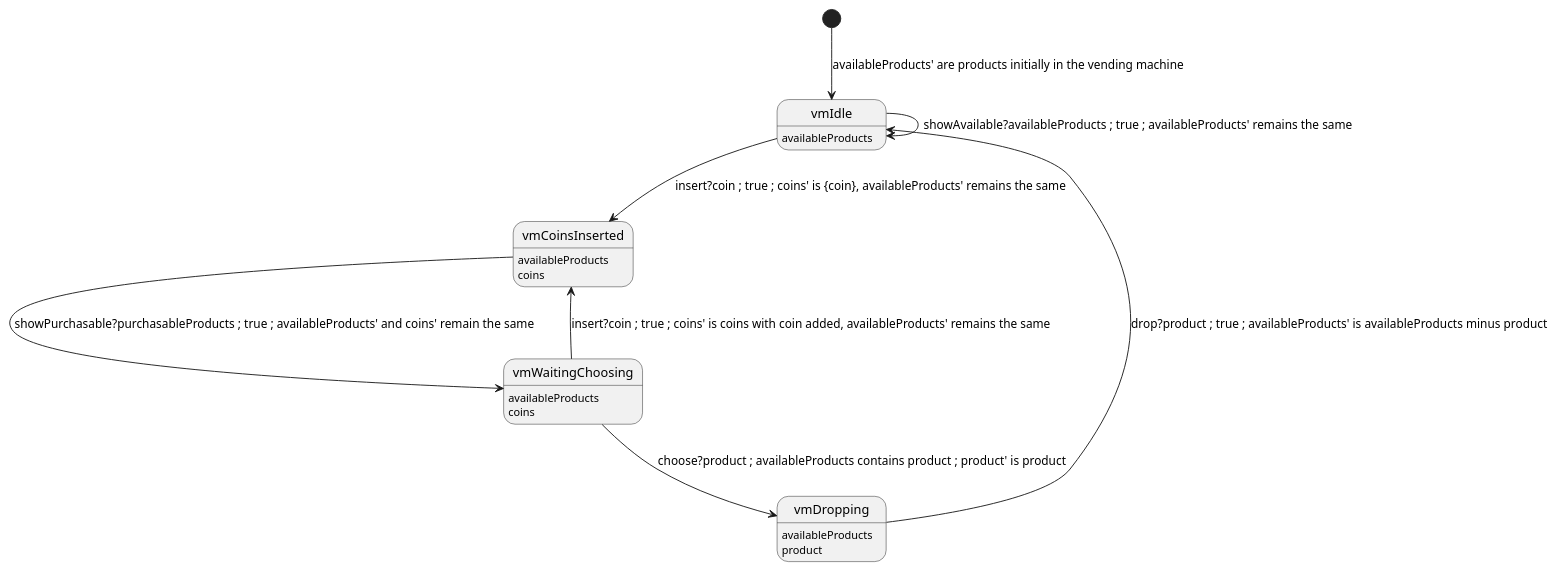
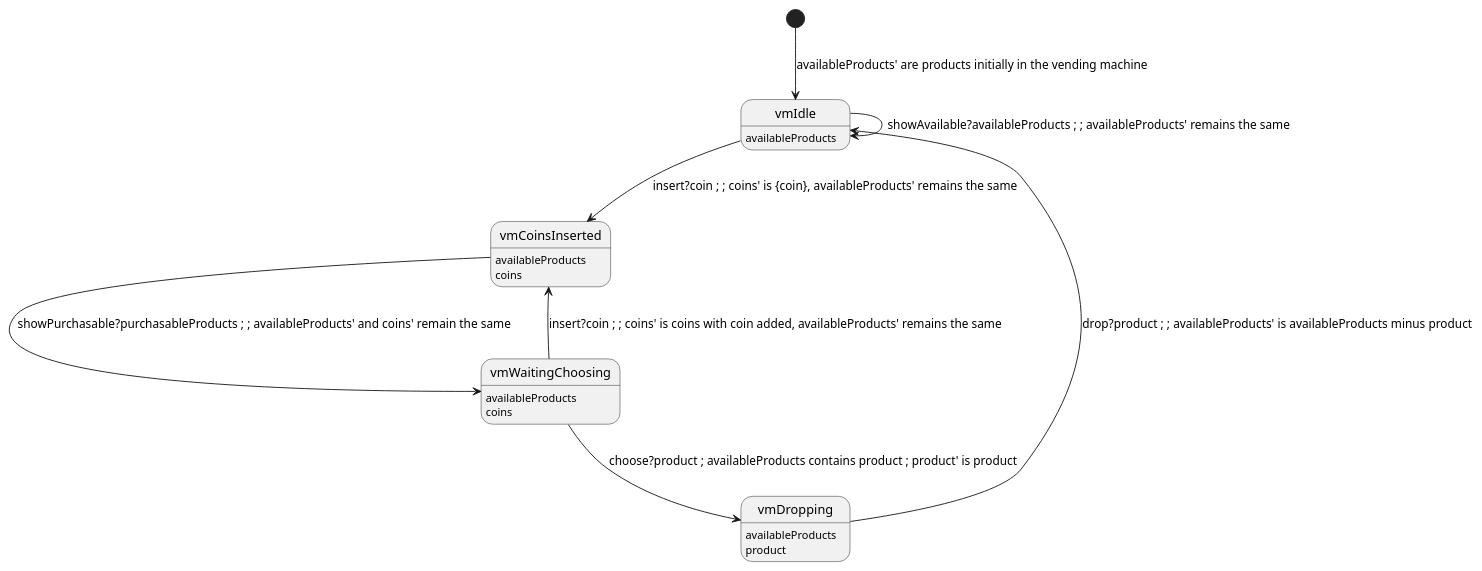
Before and after one commit to Kuniwak/puml-parallel: the diagram in examples/valid/vending_machine.puml, drawn with PlantUML. The commit also changed 65 other files, not shown here.

```diff
--- a/examples/valid/vending_machine.puml
+++ b/examples/valid/vending_machine.puml
@@ -1,23 +1,23 @@
 @startuml
 
 state "vmIdle" as vmIdle
 vmIdle: availableProducts
 state "vmCoinsInserted" as vmCoinsInserted
 vmCoinsInserted: availableProducts
 vmCoinsInserted: coins
 state "vmWaitingChoosing" as vmWaitingChoosing
 vmWaitingChoosing: availableProducts
 vmWaitingChoosing: coins
 state "vmDropping" as vmDropping
 vmDropping: availableProducts
 vmDropping: product
 
 [*] --> vmIdle : availableProducts' are products initially in the vending machine
-vmIdle --> vmIdle : showAvailable?availableProducts ; true ; availableProducts' remains the same
-vmIdle --> vmCoinsInserted : insert?coin ; true ; coins' is {coin}, availableProducts' remains the same
-vmCoinsInserted --> vmWaitingChoosing : showPurchasable?purchasableProducts ; true ; availableProducts' and coins' remain the same
-vmWaitingChoosing --> vmCoinsInserted : insert?coin ; true ; coins' is coins with coin added, availableProducts' remains the same
+vmIdle --> vmIdle : showAvailable?availableProducts ; ; availableProducts' remains the same
+vmIdle --> vmCoinsInserted : insert?coin ; ; coins' is {coin}, availableProducts' remains the same
+vmCoinsInserted --> vmWaitingChoosing : showPurchasable?purchasableProducts ; ; availableProducts' and coins' remain the same
+vmWaitingChoosing --> vmCoinsInserted : insert?coin ; ; coins' is coins with coin added, availableProducts' remains the same
 vmWaitingChoosing --> vmDropping : choose?product ; availableProducts contains product ; product' is product
-vmDropping --> vmIdle : drop?product ; true ; availableProducts' is availableProducts minus product
+vmDropping --> vmIdle : drop?product ; ; availableProducts' is availableProducts minus product
 
 @enduml
```
